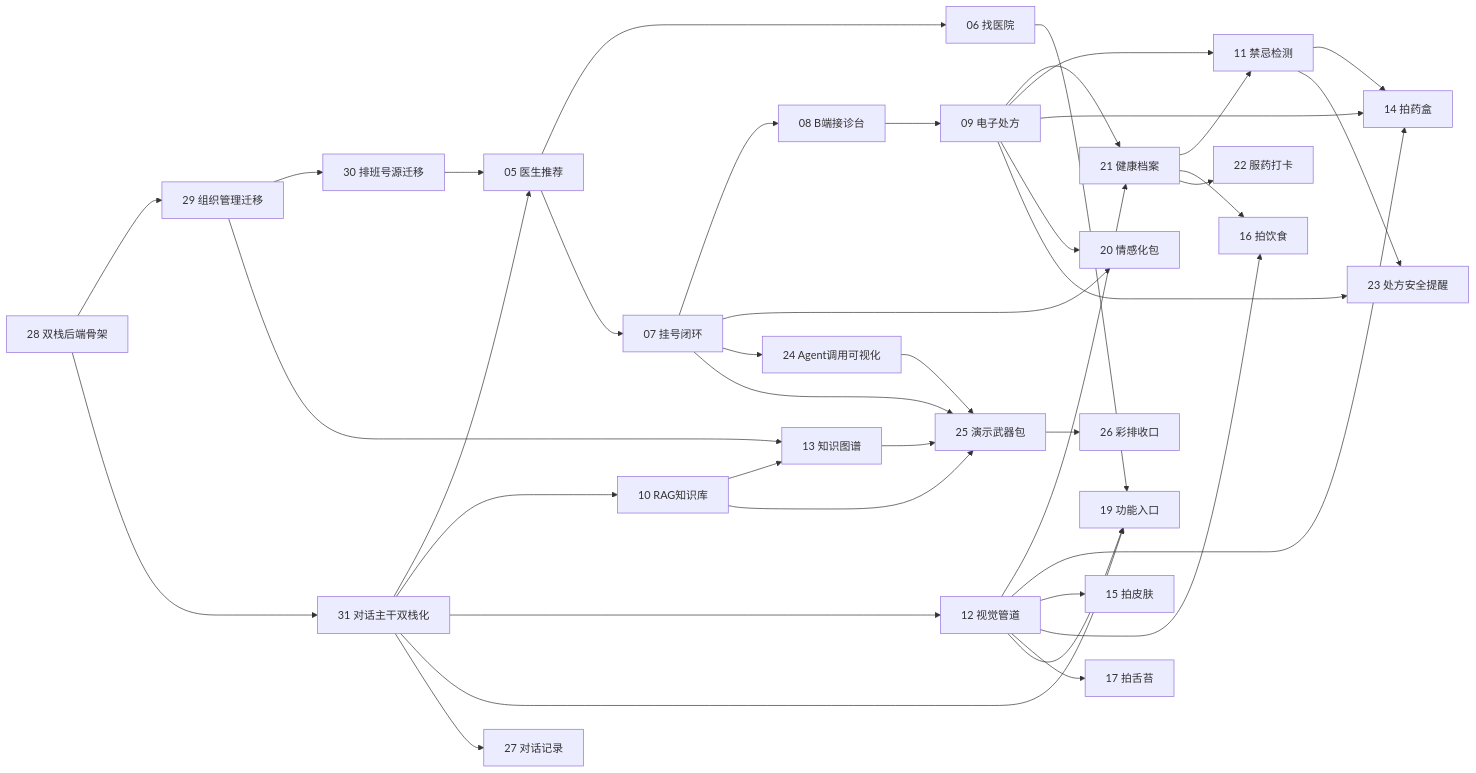
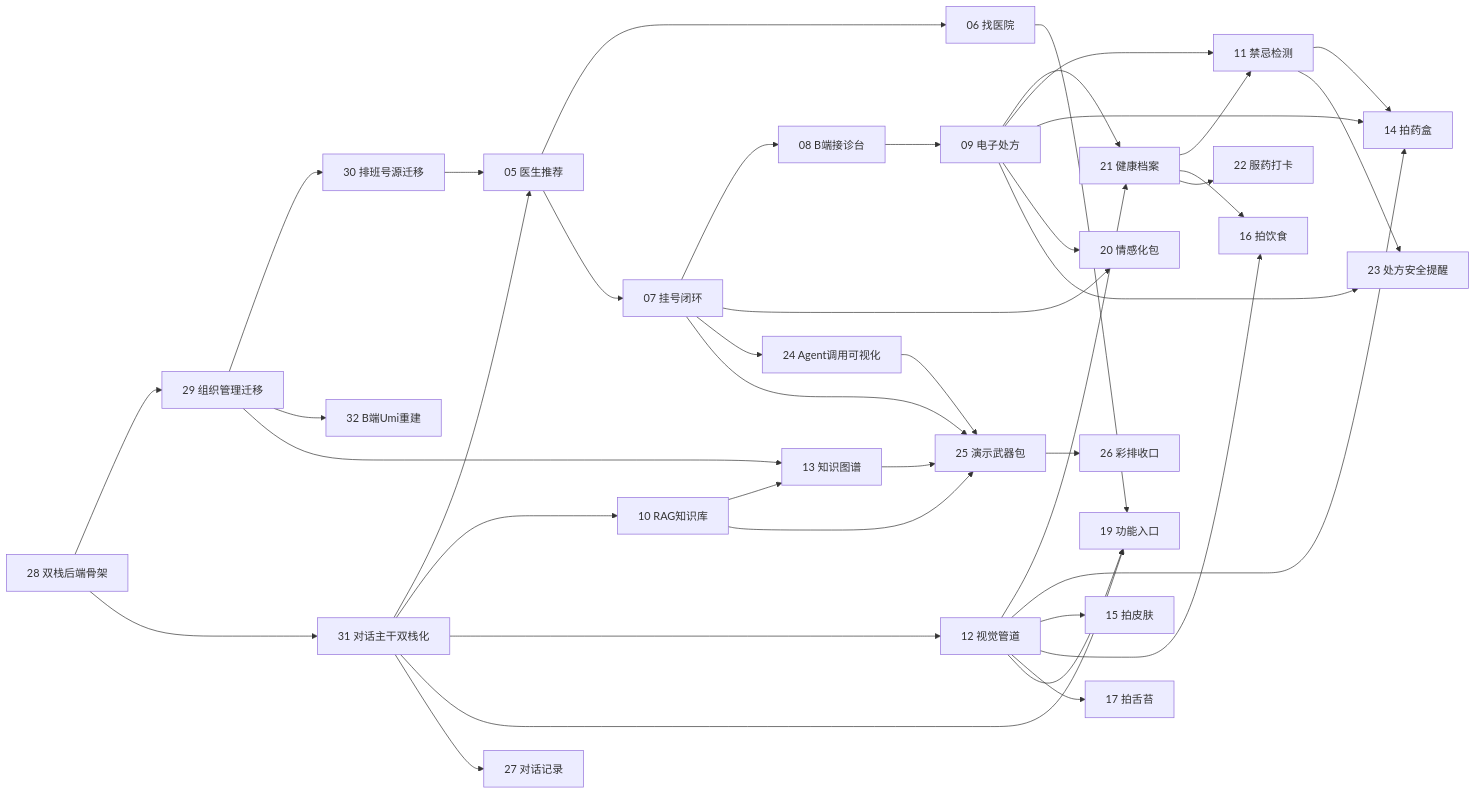
One commit to ILoveFurina/zhiyu-health changed the diagram in README.md. Above: the diagram before and after it, drawn with Mermaid. The commit also changed other lines of this file, not shown here.

Commit message:
docs: 更新issues的mermaid图

```diff
--- a/README.md
+++ b/README.md
@@ -23,6 +23,7 @@
     T29["29 组织管理迁移"]
     T30["30 排班号源迁移"]
     T31["31 对话主干双栈化"]
+    T32["32 B端Umi重建"]
 
     T05["05 医生推荐"]
     T06["06 找医院"]
@@ -51,6 +52,7 @@
     T28 --> T29
     T28 --> T31
     T29 --> T30
+    T29 --> T32
 
     T30 --> T05
     T31 --> T05
```
